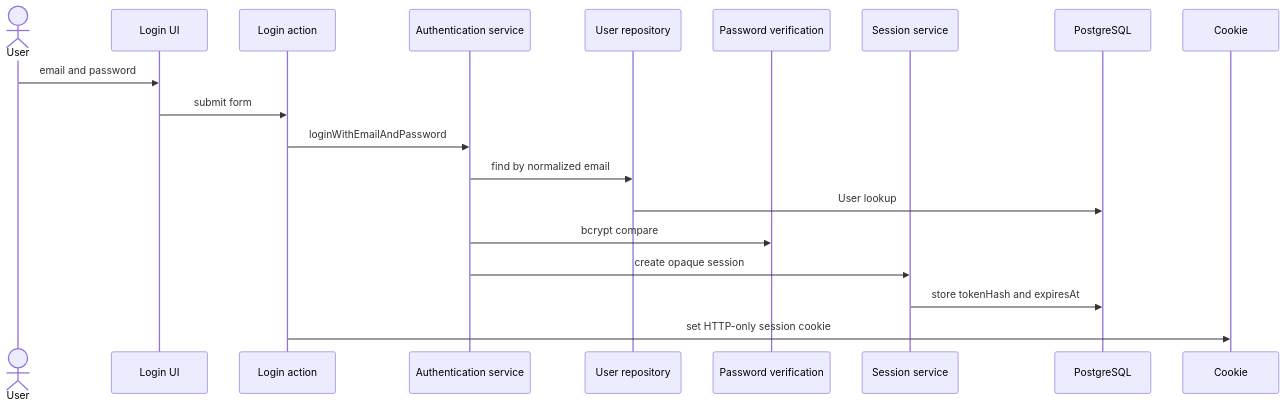
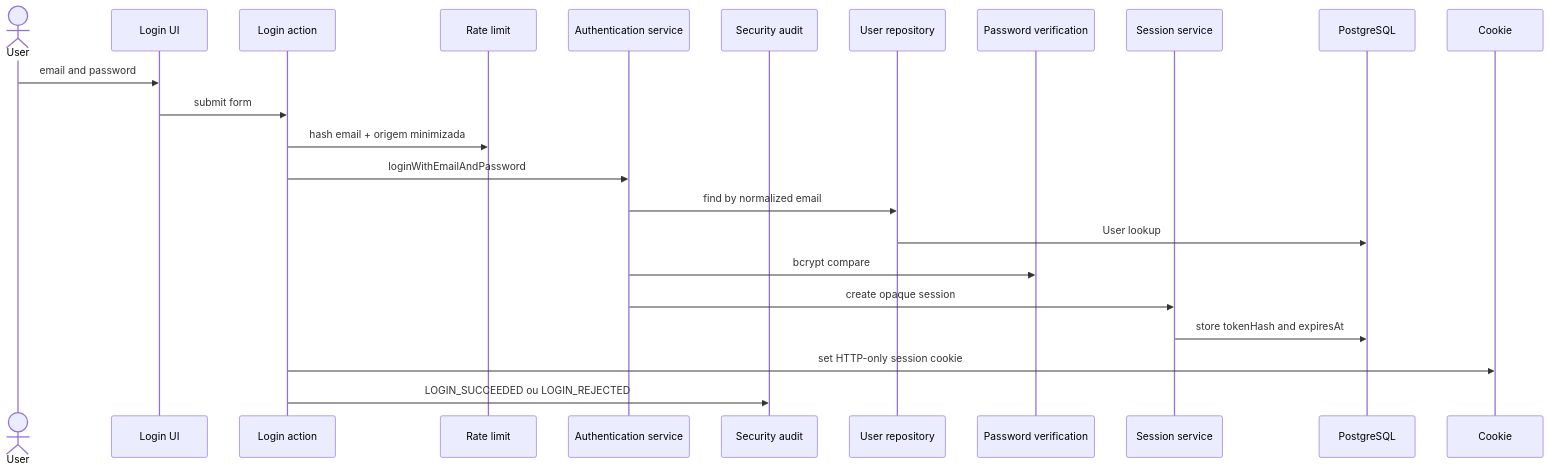
One commit to oguerramiguel/fixflow changed the first of 9 diagrams in docs/architecture.md. Above: the diagram before and after it, drawn with Mermaid. The commit also changed other lines of this file and 38 other files, not shown here.

Commit message:
feat: add security foundation and rate limiting

````diff
--- a/docs/architecture.md
+++ b/docs/architecture.md
@@ -65,22 +73,26 @@
 ```mermaid
 sequenceDiagram
   actor User
   participant LoginUI as Login UI
   participant Action as Login action
+  participant RateLimit as Rate limit
   participant Auth as Authentication service
+  participant Audit as Security audit
   participant Repo as User repository
   participant Password as Password verification
   participant Session as Session service
   participant DB as PostgreSQL
   participant Cookie as Cookie
 
   User->>LoginUI: email and password
   LoginUI->>Action: submit form
+  Action->>RateLimit: hash email + origem minimizada
   Action->>Auth: loginWithEmailAndPassword
   Auth->>Repo: find by normalized email
   Repo->>DB: User lookup
   Auth->>Password: bcrypt compare
   Auth->>Session: create opaque session
   Session->>DB: store tokenHash and expiresAt
   Action->>Cookie: set HTTP-only session cookie
+  Action->>Audit: LOGIN_SUCCEEDED ou LOGIN_REJECTED
 ```
````
